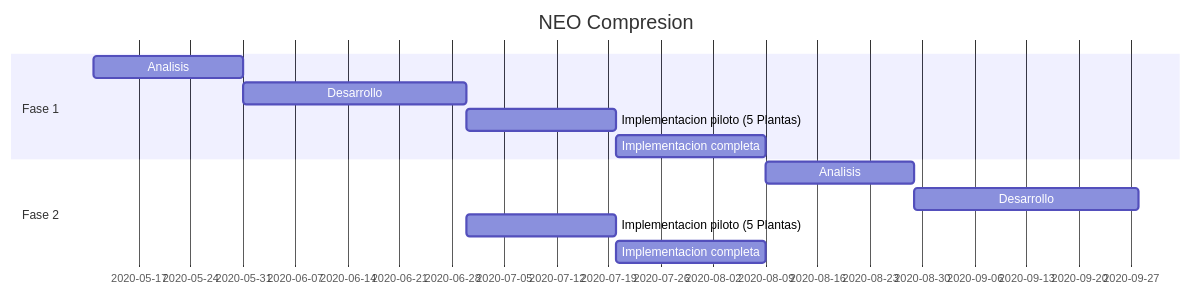
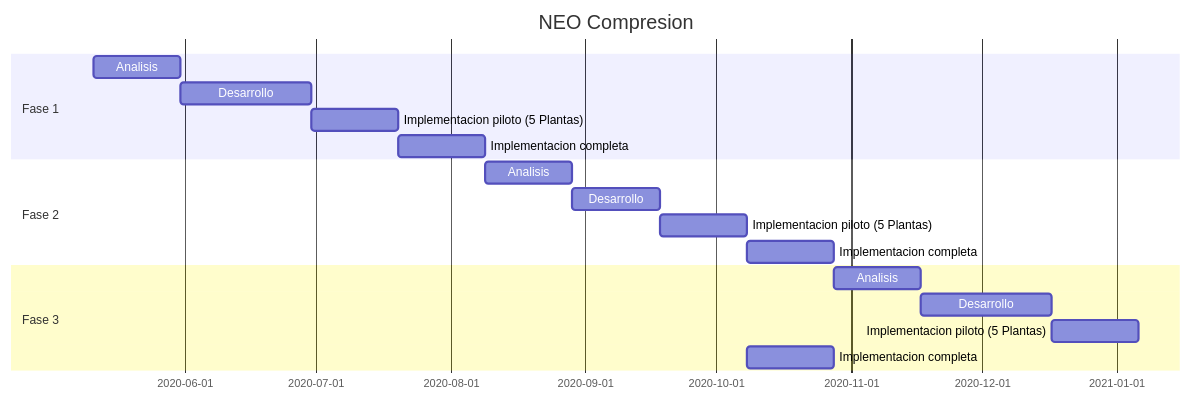
One commit to festavillo/neo-cp changed the diagram in NEO - Compresion.md. Above: the diagram before and after it, drawn with Mermaid. The commit also changed other lines of this file, not shown here.

Commit message:
NEO - Compresion.md updated from https://stackedit.io/

````diff
--- a/NEO - Compresion.md
+++ b/NEO - Compresion.md
@@ -25,17 +25,23 @@
 ```mermaid
 gantt
     title NEO Compresion
     dateFormat  YYYY-MM-DD
     section Fase 1
     Analisis           :a1, 2020-05-11, 20d
     Desarrollo         :a2, after a1, 30d
     Implementacion piloto (5 Plantas)     :a3, after a2  , 20d
     Implementacion completa     :a4, after a3  , 20d
 
     section Fase 2
     Analisis           :a5, after a4 , 20d
-    Desarrollo         :a6, after a5, 30d
-    Implementacion piloto (5 Plantas)     :a3, after a2  , 20d
-    Implementacion completa     :a4, after a3  , 20d
+    Desarrollo         :a6, after a5, 20d
+    Implementacion piloto (5 Plantas)     :a7, after a6  , 20d
+    Implementacion completa     :a8, after a7  , 20d
+
+section Fase 3
+    Analisis           :a9, after a8 , 20d
+    Desarrollo         :a10, after a9, 30d
+    Implementacion piloto (5 Plantas)     :a11, after a10  , 20d
+    Implementacion completa     :a12, after a7  , 20d
 
 ```
````
